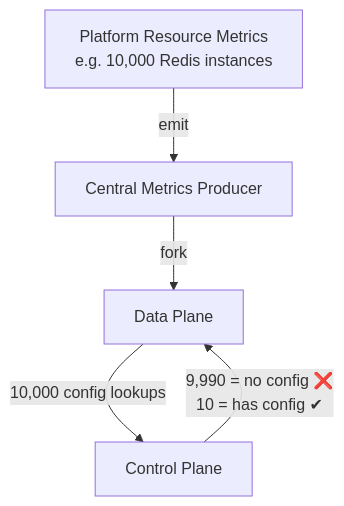
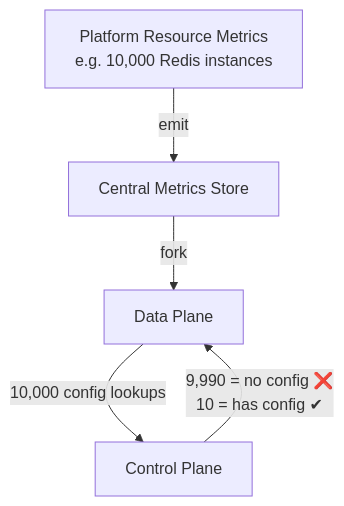
One commit to mvsnbharath/Design changed the third of 5 diagrams in AWS/Msft/e2e.md. Above: the diagram before and after it, drawn with Mermaid. The commit also changed other lines of this file, not shown here.

````diff
--- a/AWS/Msft/e2e.md
+++ b/AWS/Msft/e2e.md
@@ -53,7 +52,7 @@
 ```mermaid
 flowchart TB
-    PR[Platform Resource Metrics<br/>e.g. 10,000 Redis instances] -->|emit| CMP[Central Metrics Producer]
-    CMP -->|fork| DP[Data Plane]
+    PR[Platform Resource Metrics<br/>e.g. 10,000 Redis instances] -->|emit| CMS[Central Metrics Store]
+    CMS -->|fork| DP[Data Plane]
     DP -->|10,000 config lookups| CP[Control Plane]
     CP -->|9,990 = no config ❌<br/>10 = has config ✔| DP
 ```
````
